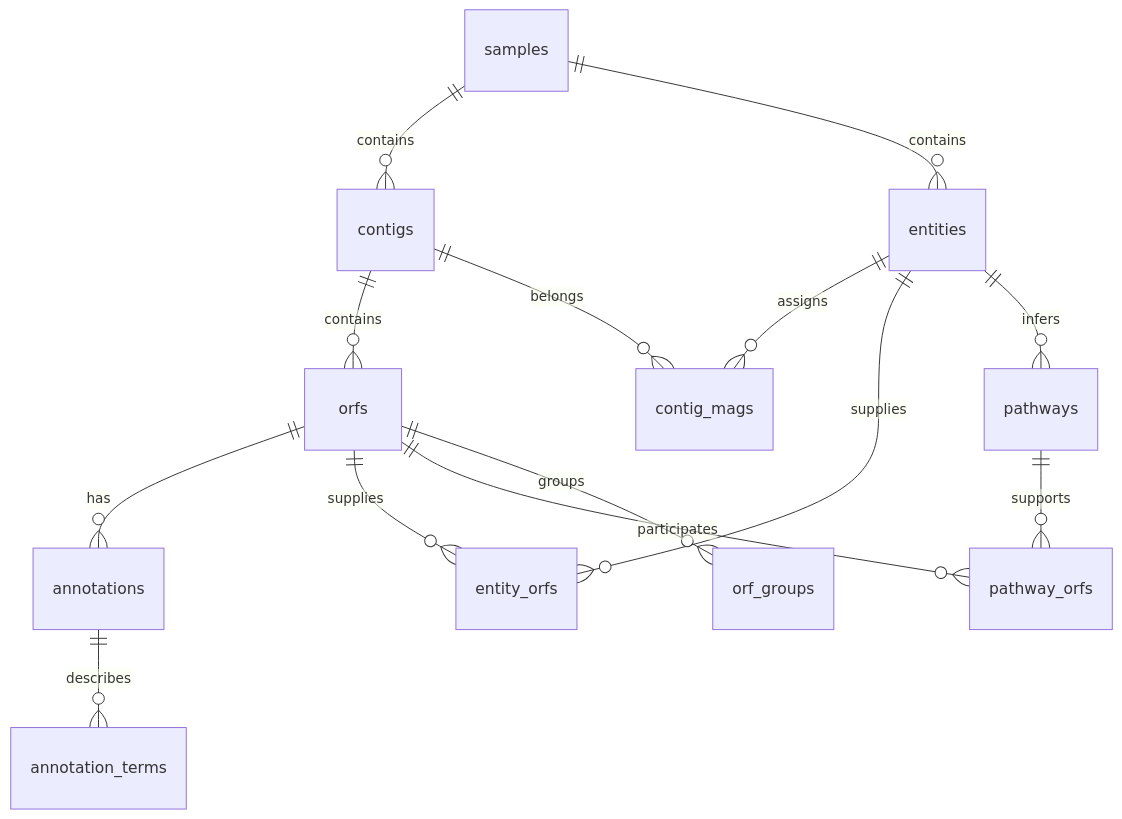
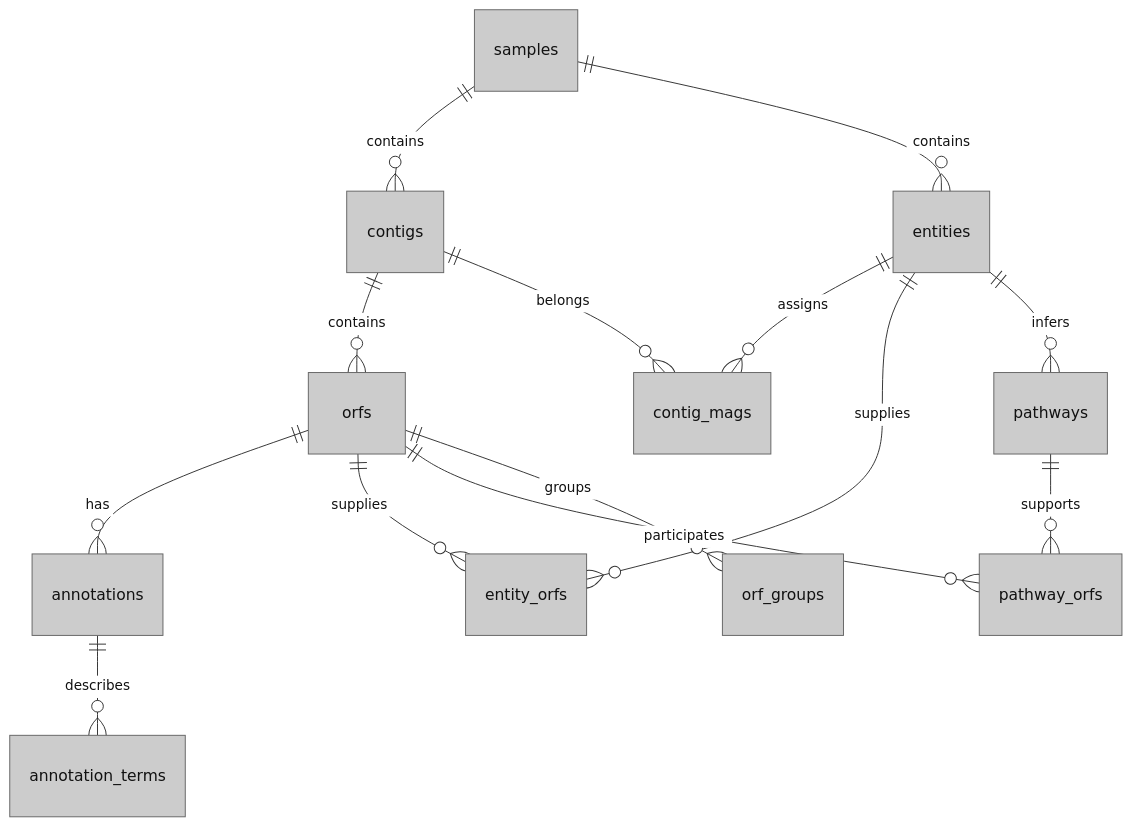
One commit to hallamlab/MetaPathways changed the diagram in docs/results-schema.md. Above: the diagram before and after it, drawn with Mermaid. The commit also changed 10 other files, not shown here.

Commit message:
Adapt appnote workflow SVG and align documentation diagram styling

````diff
--- a/docs/results-schema.md
+++ b/docs/results-schema.md
@@ -17,16 +17,17 @@
 ```mermaid
+%%{init: {"theme":"base","fontFamily":"Times New Roman, Times, serif","themeVariables":{"fontFamily":"Times New Roman, Times, serif","fontSize":"16px","primaryColor":"#CCCCCC","primaryTextColor":"#111111","primaryBorderColor":"#666666","secondaryColor":"#DAE8FC","tertiaryColor":"#F5F5F5","lineColor":"#333333","edgeLabelBackground":"#FFFFFF","background":"#FFFFFF"},"flowchart":{"htmlLabels":false,"curve":"linear"}}}%%
 erDiagram
     samples ||--o{ contigs : contains
     contigs ||--o{ orfs : contains
     orfs ||--o{ annotations : has
     annotations ||--o{ annotation_terms : describes
     samples ||--o{ entities : contains
     entities ||--o{ contig_mags : assigns
     contigs ||--o{ contig_mags : belongs
     entities ||--o{ entity_orfs : supplies
     orfs ||--o{ entity_orfs : supplies
     entities ||--o{ pathways : infers
     pathways ||--o{ pathway_orfs : supports
     orfs ||--o{ pathway_orfs : participates
     orfs ||--o{ orf_groups : groups
 ```
````
